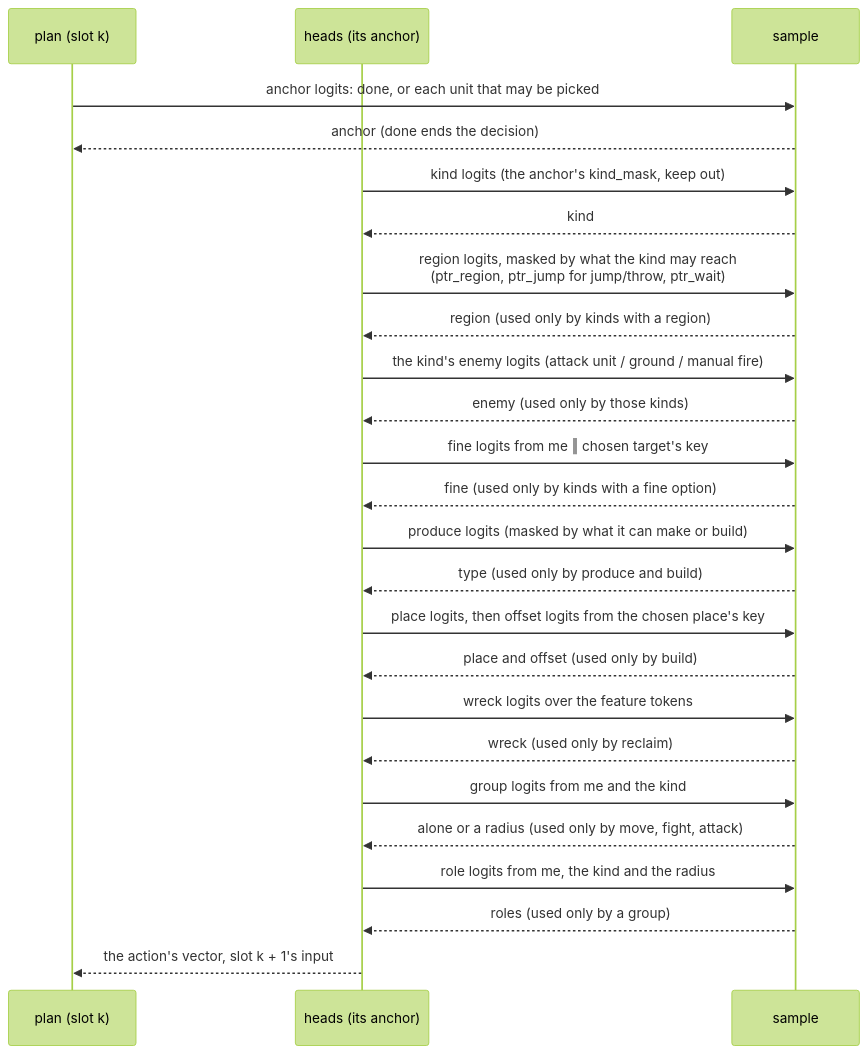
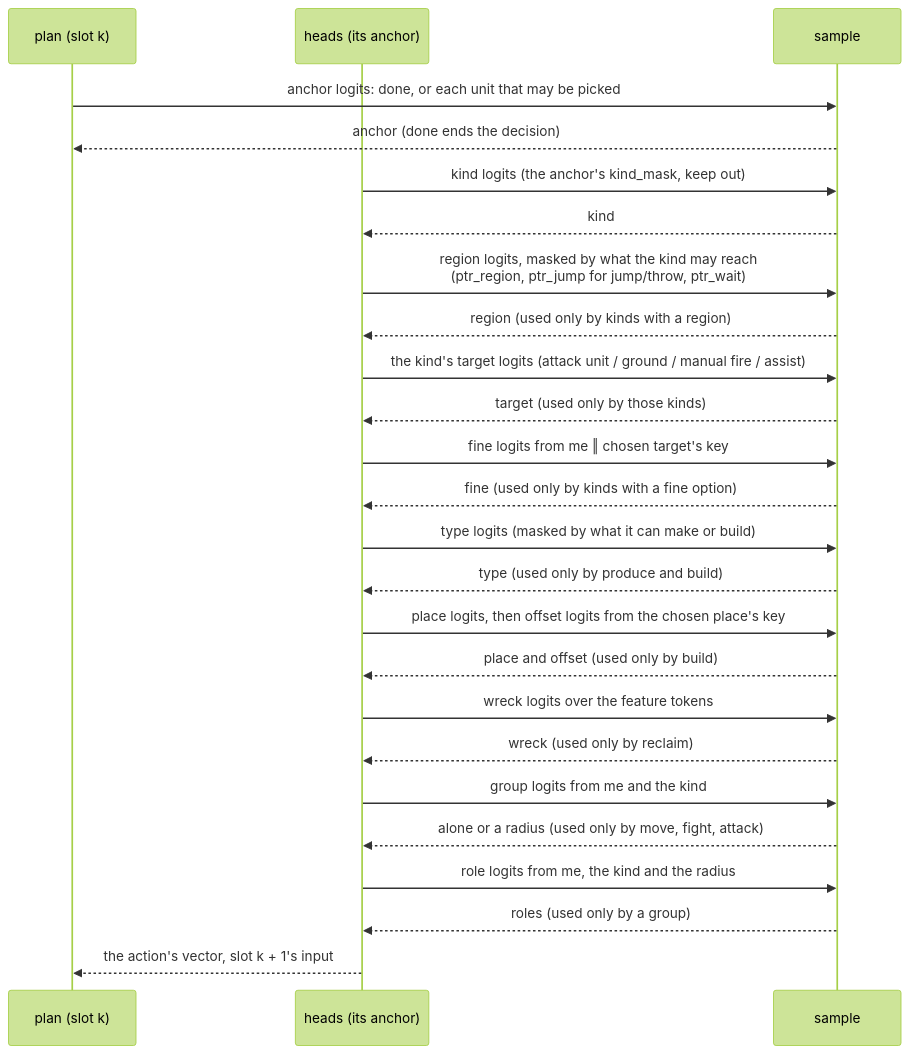
The eighth of 11 diagrams in docs/model.md (pts1667/zk-ArenaAI), drawn with Mermaid (forest theme) before and after one commit. The commit also changed other lines of this file and 39 other files, not shown here.

````diff
--- a/docs/model.md
+++ b/docs/model.md
@@ -306,27 +329,27 @@
 ```mermaid
 sequenceDiagram
     participant P as plan (slot k)
     participant H as heads (its anchor)
     participant S as sample
     P->>S: anchor logits: done, or each unit that may be picked
     S-->>P: anchor (done ends the decision)
     H->>S: kind logits (the anchor's kind_mask, keep out)
     S-->>H: kind
     H->>S: region logits, masked by what the kind may reach<br/>(ptr_region, ptr_jump for jump/throw, ptr_wait)
     S-->>H: region (used only by kinds with a region)
-    H->>S: the kind's enemy logits (attack unit / ground / manual fire)
-    S-->>H: enemy (used only by those kinds)
+    H->>S: the kind's target logits (attack unit / ground / manual fire / assist)
+    S-->>H: target (used only by those kinds)
     H->>S: fine logits from me ‖ chosen target's key
     S-->>H: fine (used only by kinds with a fine option)
-    H->>S: produce logits (masked by what it can make or build)
+    H->>S: type logits (masked by what it can make or build)
     S-->>H: type (used only by produce and build)
     H->>S: place logits, then offset logits from the chosen place's key
     S-->>H: place and offset (used only by build)
     H->>S: wreck logits over the feature tokens
     S-->>H: wreck (used only by reclaim)
     H->>S: group logits from me and the kind
     S-->>H: alone or a radius (used only by move, fight, attack)
     H->>S: role logits from me, the kind and the radius
     S-->>H: roles (used only by a group)
     H-->>P: the action's vector, slot k + 1's input
 ```
````
